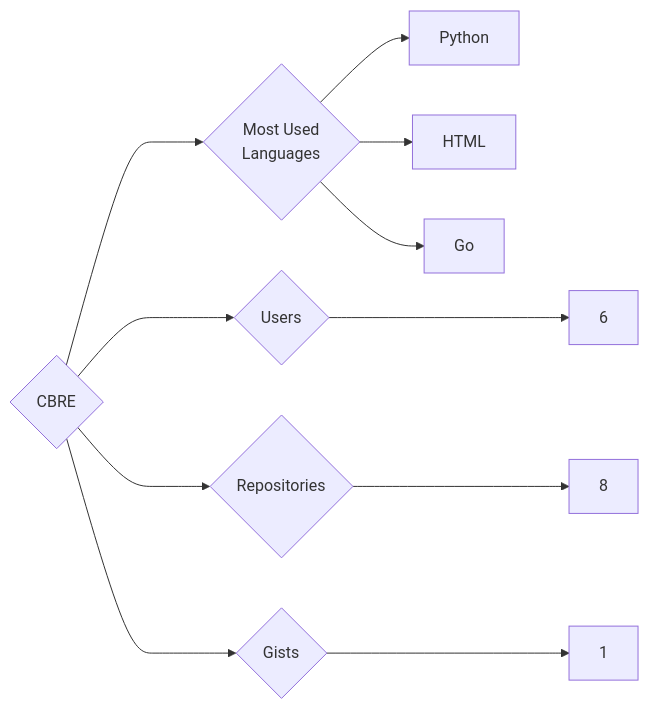
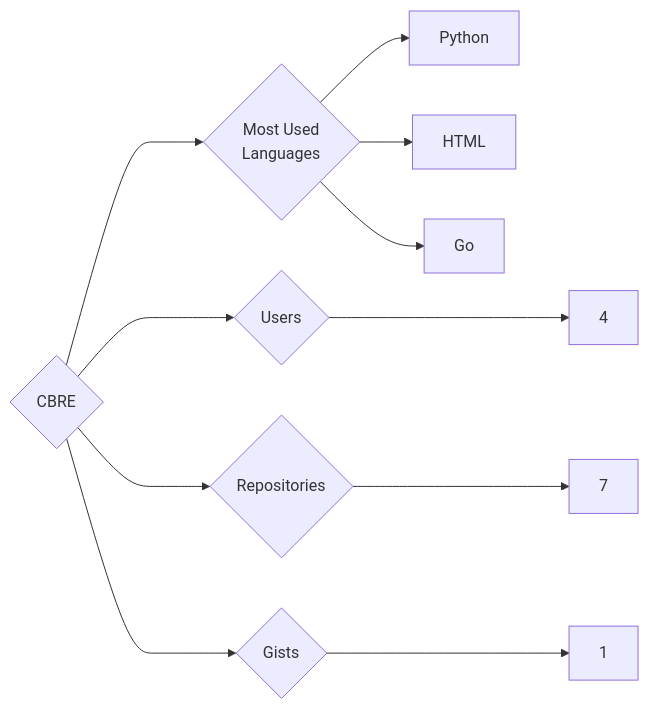
One commit to trickest/insiders changed the diagram in targets/CBRE/README.md. Above: the diagram before and after it, drawn with Mermaid. The commit also changed 815 other files, not shown here.

````diff
--- a/targets/CBRE/README.md
+++ b/targets/CBRE/README.md
@@ -3,11 +3,11 @@
 ```mermaid
 graph LR
 COMPANY_NAME{CBRE}
-COMPANY_NAME ---> U{Users} ---> UN[6]
-COMPANY_NAME ---> R{Repositories} ---> RN[8]
+COMPANY_NAME ---> U{Users} ---> UN[4]
+COMPANY_NAME ---> R{Repositories} ---> RN[7]
 COMPANY_NAME ---> G{Gists} ---> GN[1]
 COMPANY_NAME ---> ML{Most Used<br>Languages}
 ML --> Python[Python]
 ML --> HTML[HTML]
 ML --> Go[Go]
 ```
````
